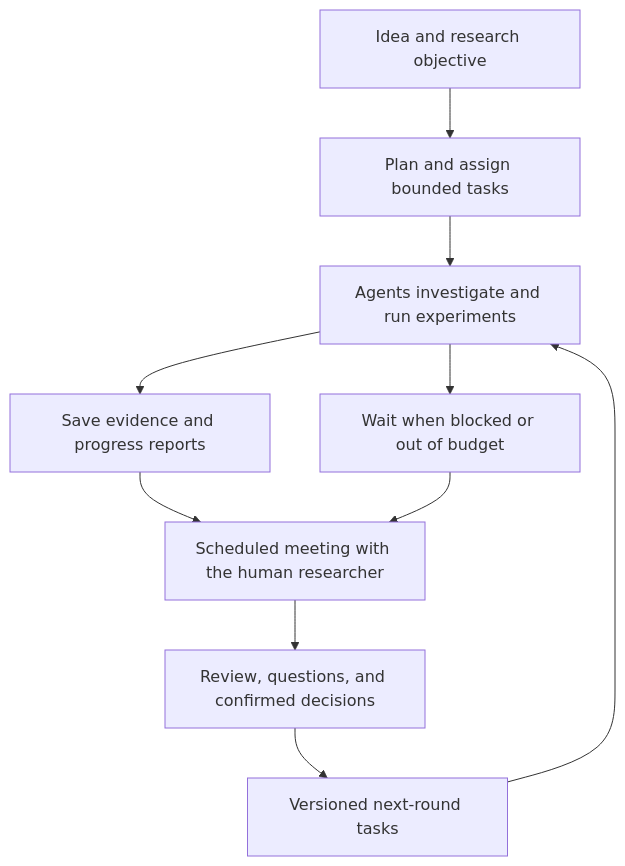
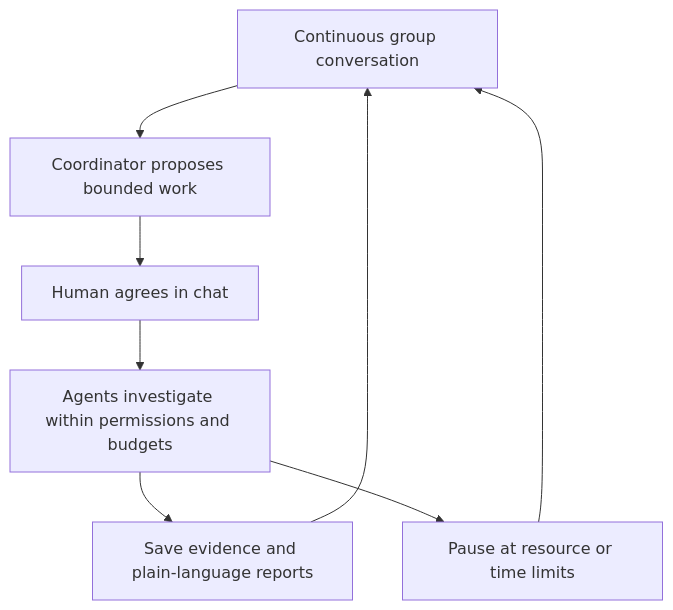
One commit to siddhartha-yz/labcouncil changed the diagram in README.md. Above: the diagram before and after it, drawn with Mermaid. The commit also changed other lines of this file and 14 other files, not shown here.

Commit message:
Replace meeting gates with continuous group conversation

````diff
--- a/README.md
+++ b/README.md
@@ -23,12 +23,10 @@
 ```mermaid
 flowchart TD
-    I[Idea and research objective] --> P[Plan and assign bounded tasks]
-    P --> W[Agents investigate and run experiments]
-    W --> E[Save evidence and progress reports]
-    E --> M[Scheduled meeting with the human researcher]
-    M --> D[Review, questions, and confirmed decisions]
-    D --> N[Versioned next-round tasks]
-    N --> W
-    W --> B[Wait when blocked or out of budget]
-    B --> M
+    C[Continuous group conversation] --> P[Coordinator proposes bounded work]
+    P --> A[Human agrees in chat]
+    A --> W[Agents investigate within permissions and budgets]
+    W --> E[Save evidence and plain-language reports]
+    E --> C
+    W --> B[Pause at resource or time limits]
+    B --> C
 ```
````
